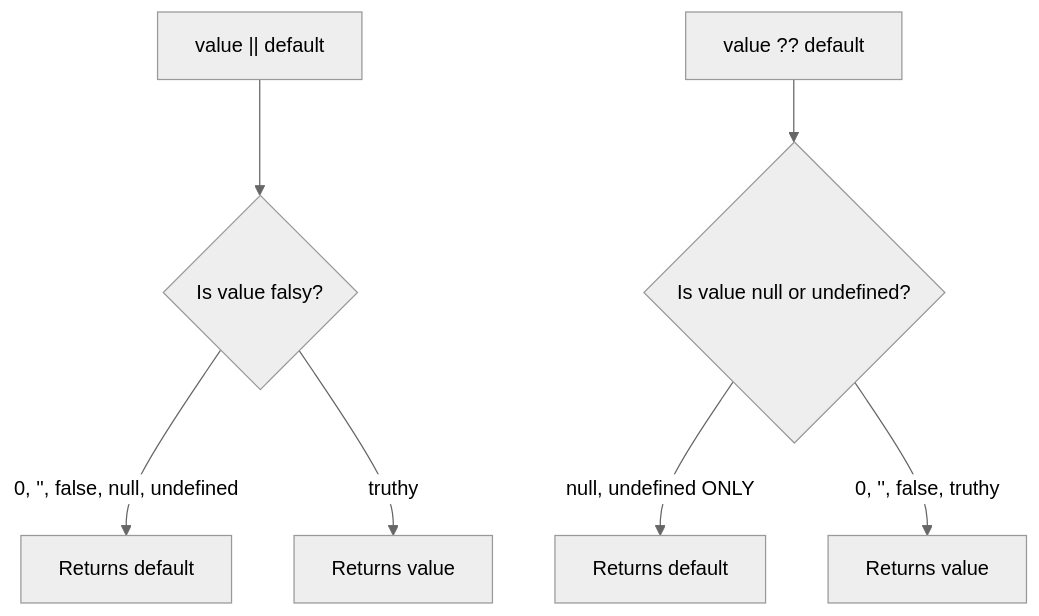
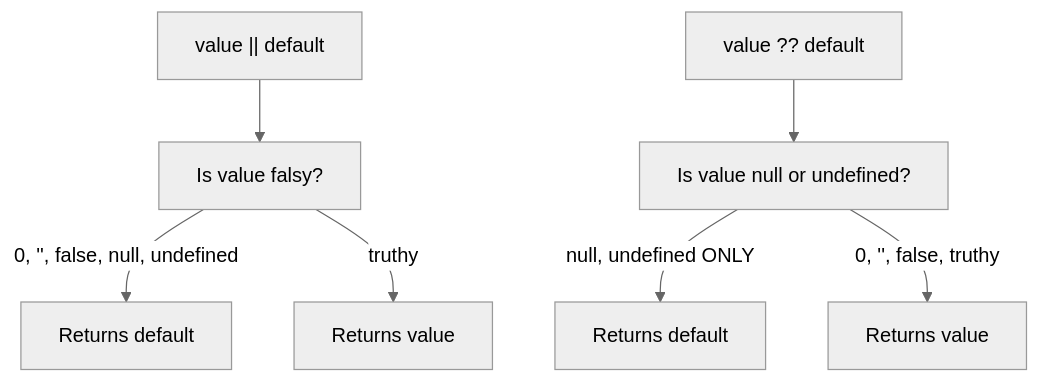
Before and after one commit to rajmpawar-hash/ByteNotes: the third of 3 diagrams in src/notes/javascript/2-objects-and-arrays/01-objects-and-es6/03-optional-chaining-nullish.md, drawn with Mermaid (neutral theme). The commit also changed other lines of this file and 35 other files, not shown here.

Commit message:
chore: deduplicate notes, fix Mermaid syntax, and update GEMINI.md rules

````diff
--- a/src/notes/javascript/2-objects-and-arrays/01-objects-and-es6/03-optional-chaining-nullish.md
+++ b/src/notes/javascript/2-objects-and-arrays/01-objects-and-es6/03-optional-chaining-nullish.md
@@ -70,10 +70,10 @@
 ```mermaid
 flowchart TD
-    A["value || default"] --> B{"Is value falsy?"}
-    B -->|"0, '', false, null, undefined"| C["Returns default"]
-    B -->|"truthy"| D["Returns value"]
+    A["value || default"] --> B["Is value falsy?"]
+    B -->|0, '', false, null, undefined| C["Returns default"]
+    B -->|truthy| D["Returns value"]
     
-    E["value ?? default"] --> F{"Is value null or undefined?"}
-    F -->|"null, undefined ONLY"| G["Returns default"]
-    F -->|"0, '', false, truthy"| H["Returns value"]
+    E["value ?? default"] --> F["Is value null or undefined?"]
+    F -->|null, undefined ONLY| G["Returns default"]
+    F -->|0, '', false, truthy| H["Returns value"]
 ```
````
